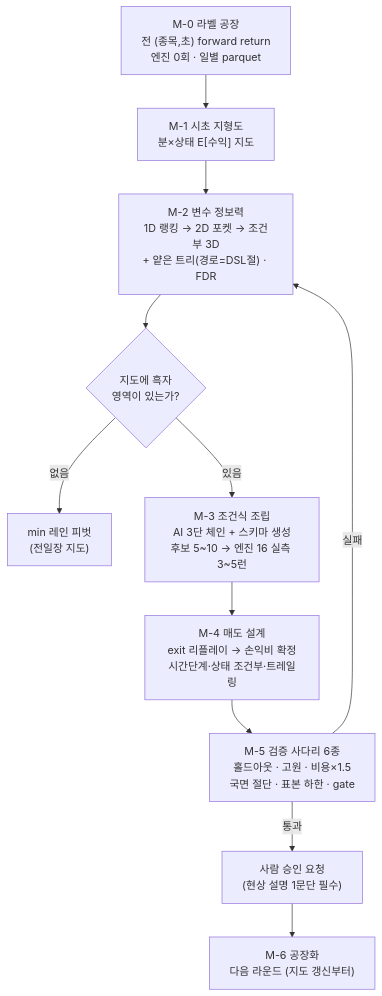
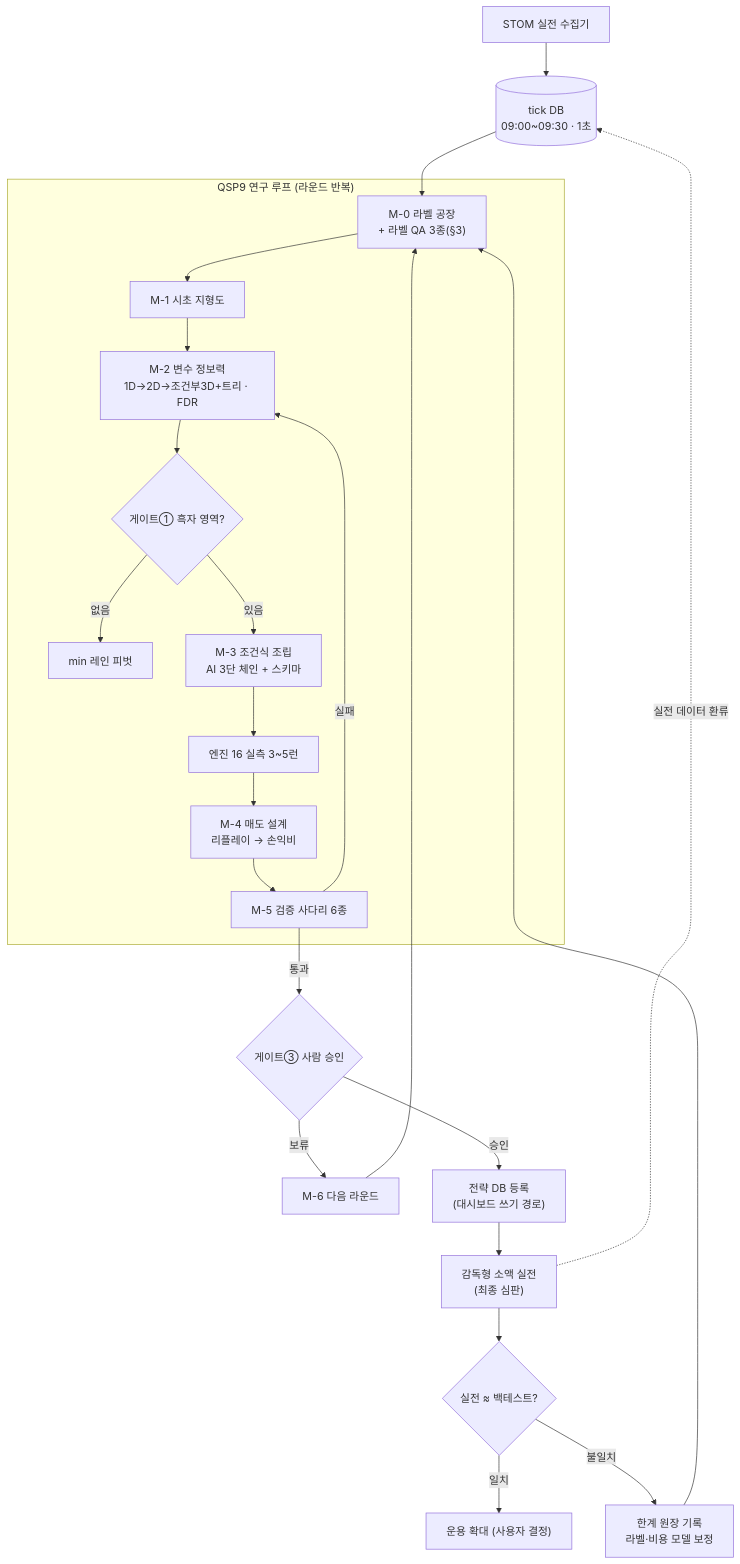
The diagram in docs/research/quant_scoring_pipeline/2026-08-05_qsp9_마스터_실행계획.md (Py-CI-Park/STOM_V), drawn with Mermaid before and after one commit. The commit also changed other lines of this file, not shown here.

First line of the commit message:
docs(QSP9): 마스터 실행계획 v2 — 상한 제거·라벨 함정 10+QA 3종·전체 프로세스·페이지 25종

````diff
--- a/docs/research/quant_scoring_pipeline/2026-08-05_qsp9_마스터_실행계획.md
+++ b/docs/research/quant_scoring_pipeline/2026-08-05_qsp9_마스터_실행계획.md
@@ -44,13 +39,24 @@
 ```mermaid
 flowchart TD
-    M0["M-0 라벨 공장<br/>전 (종목,초) forward return<br/>엔진 0회 · 일별 parquet"] --> M1["M-1 시초 지형도<br/>분×상태 E[수익] 지도"]
-    M1 --> M2["M-2 변수 정보력<br/>1D 랭킹 → 2D 포켓 → 조건부 3D<br/>+ 얕은 트리(경로=DSL절) · FDR"]
-    M2 --> G0{"지도에 흑자<br/>영역이 있는가?"}
-    G0 -- "없음" --> PV["min 레인 피벗<br/>(전일장 지도)"]
-    G0 -- "있음" --> M3["M-3 조건식 조립<br/>AI 3단 체인 + 스키마 생성<br/>후보 5~10 → 엔진 16 실측 3~5런"]
-    M3 --> M4["M-4 매도 설계<br/>exit 리플레이 → 손익비 확정<br/>시간단계·상태 조건부·트레일링"]
-    M4 --> M5["M-5 검증 사다리 6종<br/>홀드아웃 · 고원 · 비용×1.5<br/>국면 절단 · 표본 하한 · gate"]
-    M5 -- "통과" --> HU["사람 승인 요청<br/>(현상 설명 1문단 필수)"]
-    M5 -- "실패" --> M2
-    HU --> M6["M-6 공장화<br/>다음 라운드 (지도 갱신부터)"]
+    COL["STOM 실전 수집기"] --> DB[("tick DB<br/>09:00~09:30 · 1초")]
+    subgraph LOOP["QSP9 연구 루프 (라운드 반복)"]
+        M0["M-0 라벨 공장<br/>+ 라벨 QA 3종(§3)"] --> M1["M-1 시초 지형도"]
+        M1 --> M2["M-2 변수 정보력<br/>1D→2D→조건부3D+트리 · FDR"]
+        M2 --> G1{"게이트① 흑자 영역?"}
+        G1 -- "없음" --> PIVOT["min 레인 피벗"]
+        G1 -- "있음" --> M3["M-3 조건식 조립<br/>AI 3단 체인 + 스키마"]
+        M3 --> ENG["엔진 16 실측 3~5런"]
+        ENG --> M4["M-4 매도 설계<br/>리플레이 → 손익비"]
+        M4 --> M5["M-5 검증 사다리 6종"]
+        M5 -- "실패" --> M2
+    end
+    DB --> M0
+    M5 -- "통과" --> HU{"게이트③ 사람 승인"}
+    HU -- "보류" --> M6["M-6 다음 라운드"] --> M0
+    HU -- "승인" --> REG["전략 DB 등록<br/>(대시보드 쓰기 경로)"]
+    REG --> PAPER["감독형 소액 실전<br/>(최종 심판)"]
+    PAPER --> CHK{"실전 ≈ 백테스트?"}
+    CHK -- "일치" --> LIVE["운용 확대 (사용자 결정)"]
+    CHK -- "불일치" --> LED["한계 원장 기록<br/>라벨·비용 모델 보정"] --> M0
+    PAPER -. "실전 데이터 환류" .-> DB
 ```
````
